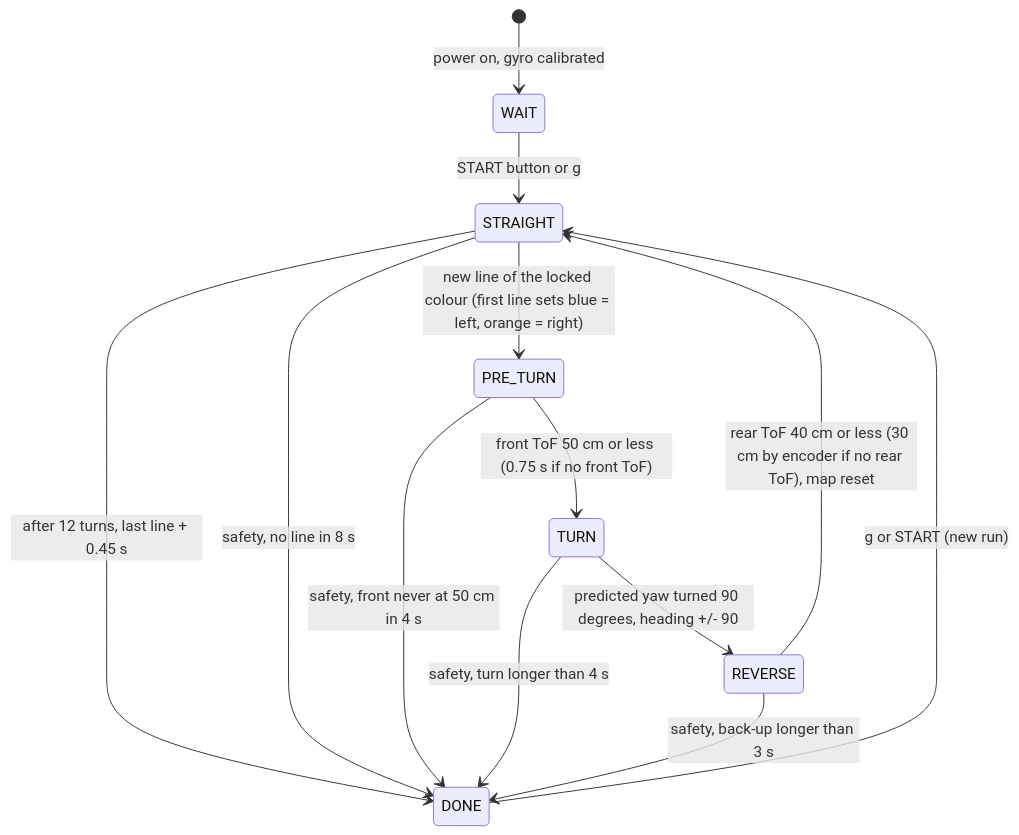
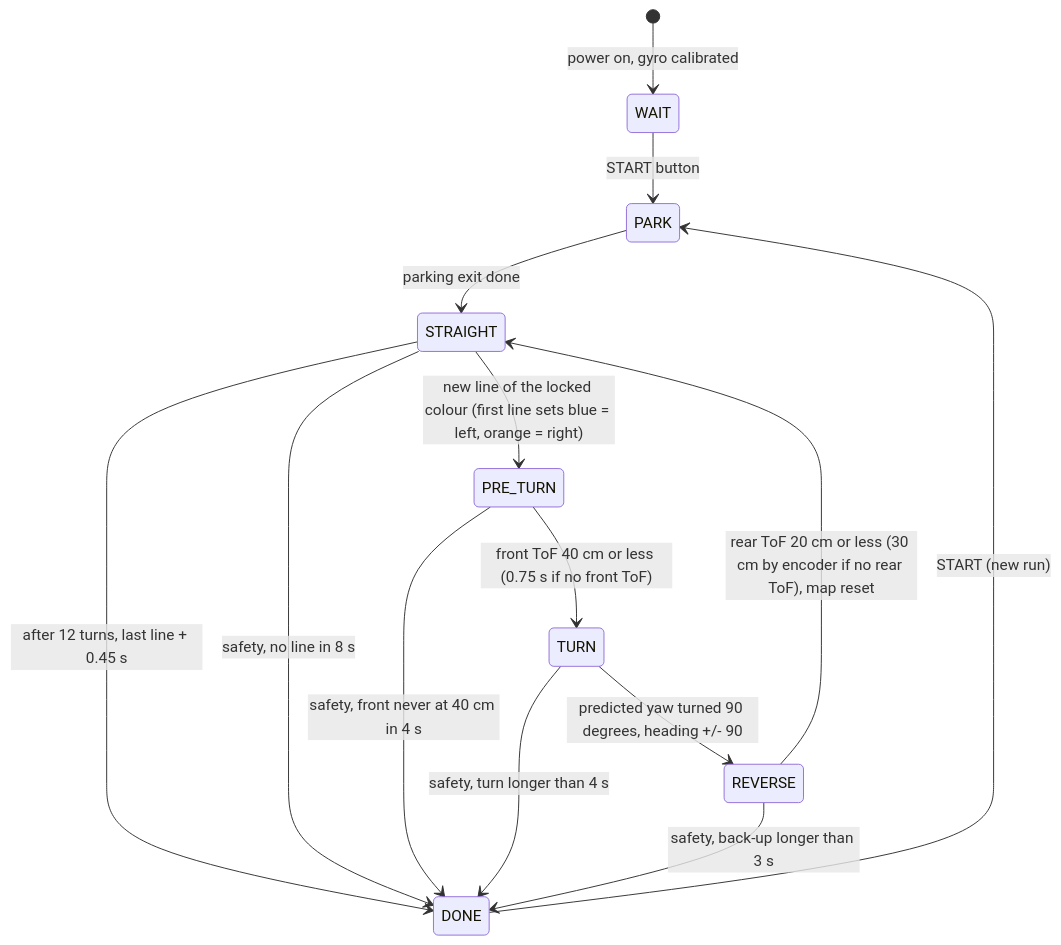
Before and after one commit to henryalejandrorieraloza-sudo/WRO-2026-Future-Engineers-Journal: the fourth of 4 diagrams in README.md, drawn with Mermaid. The commit also changed other lines of this file and 6 other files, not shown here.

````diff
--- a/README.md
+++ b/README.md
@@ -604,15 +604,16 @@
 ```mermaid
 stateDiagram-v2
     [*] --> WAIT: power on, gyro calibrated
-    WAIT --> STRAIGHT: START button or g
+    WAIT --> PARK: START button
+    PARK --> STRAIGHT: parking exit done
     STRAIGHT --> PRE_TURN: new line of the locked colour (first line sets blue = left, orange = right)
-    PRE_TURN --> TURN: front ToF 50 cm or less (0.75 s if no front ToF)
+    PRE_TURN --> TURN: front ToF 40 cm or less (0.75 s if no front ToF)
     TURN --> REVERSE: predicted yaw turned 90 degrees, heading +/- 90
-    REVERSE --> STRAIGHT: rear ToF 40 cm or less (30 cm by encoder if no rear ToF), map reset
+    REVERSE --> STRAIGHT: rear ToF 20 cm or less (30 cm by encoder if no rear ToF), map reset
     STRAIGHT --> DONE: after 12 turns, last line + 0.45 s
     STRAIGHT --> DONE: safety, no line in 8 s
-    PRE_TURN --> DONE: safety, front never at 50 cm in 4 s
+    PRE_TURN --> DONE: safety, front never at 40 cm in 4 s
     TURN --> DONE: safety, turn longer than 4 s
     REVERSE --> DONE: safety, back-up longer than 3 s
-    DONE --> STRAIGHT: g or START (new run)
+    DONE --> PARK: START (new run)
 ```
````
